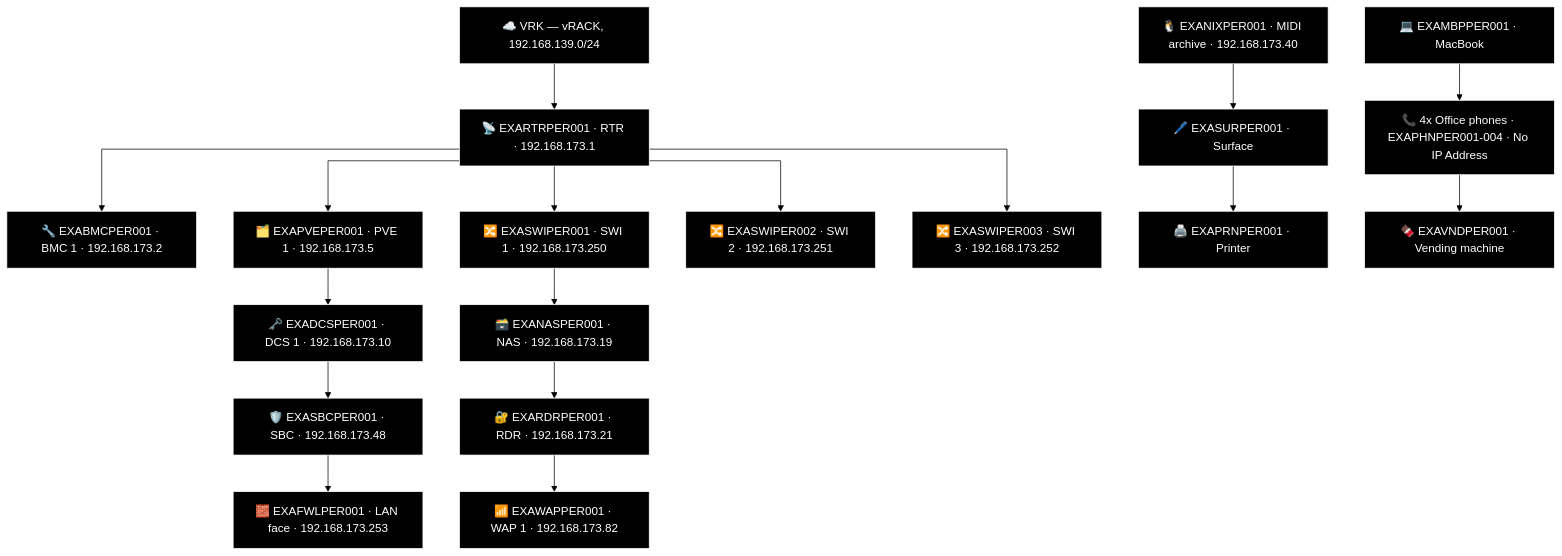
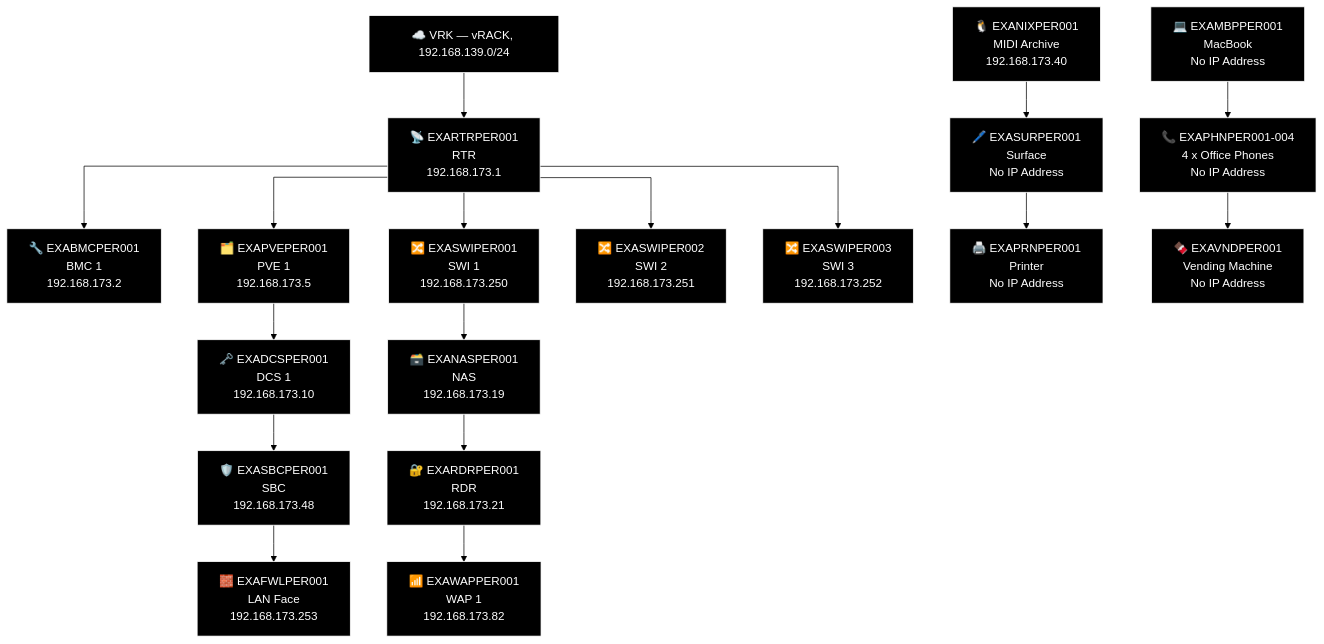
Diagram 12 of 14 in docs/network-diagram/scotland.md (knightmare2600/example_music_infra), drawn with Mermaid (forest theme) before and after one commit. The commit also changed other lines of this file and 18 other files, not shown here.

````diff
--- a/docs/network-diagram/scotland.md
+++ b/docs/network-diagram/scotland.md
@@ -596,54 +596,54 @@
 ```mermaid
 %% GENERATED:TOPOLOGY:PER:START
 %%{init: {'flowchart': {'curve': 'stepAfter'}}}%%
 graph TD
     T_VRK["☁️ VRK — vRACK, 192.168.139.0/24"]
-    T_RTR["📡 EXARTRPER001 · RTR · 192.168.173.1"]
+    T_RTR["📡 EXARTRPER001<br/>RTR<br/>192.168.173.1"]
     T_VRK --> T_RTR
-    T_BMC["🔧 EXABMCPER001 · BMC 1 · 192.168.173.2"]
+    T_BMC["🔧 EXABMCPER001<br/>BMC 1<br/>192.168.173.2"]
     T_RTR --> T_BMC
-    T_PVE["🗂️ EXAPVEPER001 · PVE 1 · 192.168.173.5"]
+    T_PVE["🗂️ EXAPVEPER001<br/>PVE 1<br/>192.168.173.5"]
     T_RTR --> T_PVE
-    T_SWI["🔀 EXASWIPER001 · SWI 1 · 192.168.173.250"]
+    T_SWI["🔀 EXASWIPER001<br/>SWI 1<br/>192.168.173.250"]
     T_RTR --> T_SWI
-    T_SWI2["🔀 EXASWIPER002 · SWI 2 · 192.168.173.251"]
+    T_SWI2["🔀 EXASWIPER002<br/>SWI 2<br/>192.168.173.251"]
     T_RTR --> T_SWI2
-    T_SWI3["🔀 EXASWIPER003 · SWI 3 · 192.168.173.252"]
+    T_SWI3["🔀 EXASWIPER003<br/>SWI 3<br/>192.168.173.252"]
     T_RTR --> T_SWI3
-    T_NAS["🗃️ EXANASPER001 · NAS · 192.168.173.19"]
-    T_RDR["🔐 EXARDRPER001 · RDR · 192.168.173.21"]
-    T_WAP["📶 EXAWAPPER001 · WAP 1 · 192.168.173.82"]
+    T_NAS["🗃️ EXANASPER001<br/>NAS<br/>192.168.173.19"]
+    T_RDR["🔐 EXARDRPER001<br/>RDR<br/>192.168.173.21"]
+    T_WAP["📶 EXAWAPPER001<br/>WAP 1<br/>192.168.173.82"]
     T_SWI --> T_NAS --> T_RDR --> T_WAP
-    T_DCS["🗝️ EXADCSPER001 · DCS 1 · 192.168.173.10"]
-    T_SBC["🛡️ EXASBCPER001 · SBC · 192.168.173.48"]
-    T_FWL["🧱 EXAFWLPER001 · LAN face · 192.168.173.253"]
+    T_DCS["🗝️ EXADCSPER001<br/>DCS 1<br/>192.168.173.10"]
+    T_SBC["🛡️ EXASBCPER001<br/>SBC<br/>192.168.173.48"]
+    T_FWL["🧱 EXAFWLPER001<br/>LAN Face<br/>192.168.173.253"]
     T_PVE --> T_DCS --> T_SBC --> T_FWL
-    T_NIX["🐧 EXANIXPER001 · MIDI archive · 192.168.173.40"]
-    T_MBP["💻 EXAMBPPER001 · MacBook"]
-    T_SUR["🖊️ EXASURPER001 · Surface"]
-    T_OTH_PHN["📞 4x Office phones · EXAPHNPER001-004 · No IP Address"]
-    T_PRN["🖨️ EXAPRNPER001 · Printer"]
-    T_VND["🍫 EXAVNDPER001 · Vending machine"]
+    T_NIX["🐧 EXANIXPER001<br/>MIDI Archive<br/>192.168.173.40"]
+    T_MBP["💻 EXAMBPPER001<br/>MacBook<br/>No IP Address"]
+    T_SUR["🖊️ EXASURPER001<br/>Surface<br/>No IP Address"]
+    T_OTH_PHN["📞 EXAPHNPER001-004<br/>4 x Office Phones<br/>No IP Address"]
+    T_PRN["🖨️ EXAPRNPER001<br/>Printer<br/>No IP Address"]
+    T_VND["🍫 EXAVNDPER001<br/>Vending Machine<br/>No IP Address"]
     T_NIX --> T_SUR --> T_PRN
     T_MBP --> T_OTH_PHN --> T_VND
     style T_VRK fill:#000000,stroke:#FFFFFF,color:#FFFFFF
     style T_RTR fill:#000000,stroke:#FFFFFF,color:#FFFFFF
     style T_BMC fill:#000000,stroke:#FFFFFF,color:#FFFFFF
     style T_PVE fill:#000000,stroke:#FFFFFF,color:#FFFFFF
     style T_SWI fill:#000000,stroke:#FFFFFF,color:#FFFFFF
     style T_SWI2 fill:#000000,stroke:#FFFFFF,color:#FFFFFF
     style T_SWI3 fill:#000000,stroke:#FFFFFF,color:#FFFFFF
     style T_NAS fill:#000000,stroke:#FFFFFF,color:#FFFFFF
     style T_RDR fill:#000000,stroke:#FFFFFF,color:#FFFFFF
     style T_WAP fill:#000000,stroke:#FFFFFF,color:#FFFFFF
     style T_DCS fill:#000000,stroke:#FFFFFF,color:#FFFFFF
     style T_SBC fill:#000000,stroke:#FFFFFF,color:#FFFFFF
     style T_FWL fill:#000000,stroke:#FFFFFF,color:#FFFFFF
     style T_NIX fill:#000000,stroke:#FFFFFF,color:#FFFFFF
     style T_MBP fill:#000000,stroke:#FFFFFF,color:#FFFFFF
     style T_SUR fill:#000000,stroke:#FFFFFF,color:#FFFFFF
     style T_OTH_PHN fill:#000000,stroke:#FFFFFF,color:#FFFFFF
     style T_PRN fill:#000000,stroke:#FFFFFF,color:#FFFFFF
     style T_VND fill:#000000,stroke:#FFFFFF,color:#FFFFFF
 %% GENERATED:TOPOLOGY:PER:END
 ```
````
